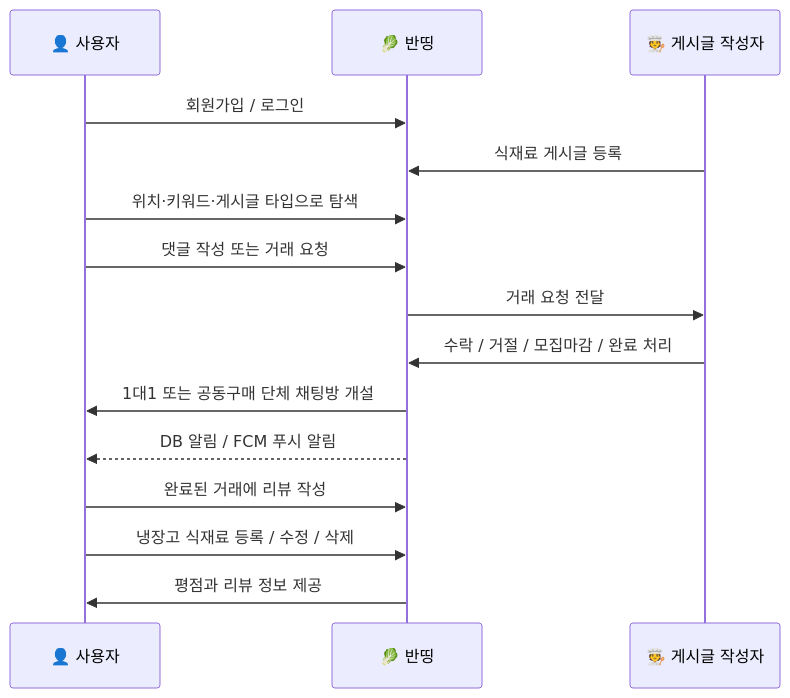
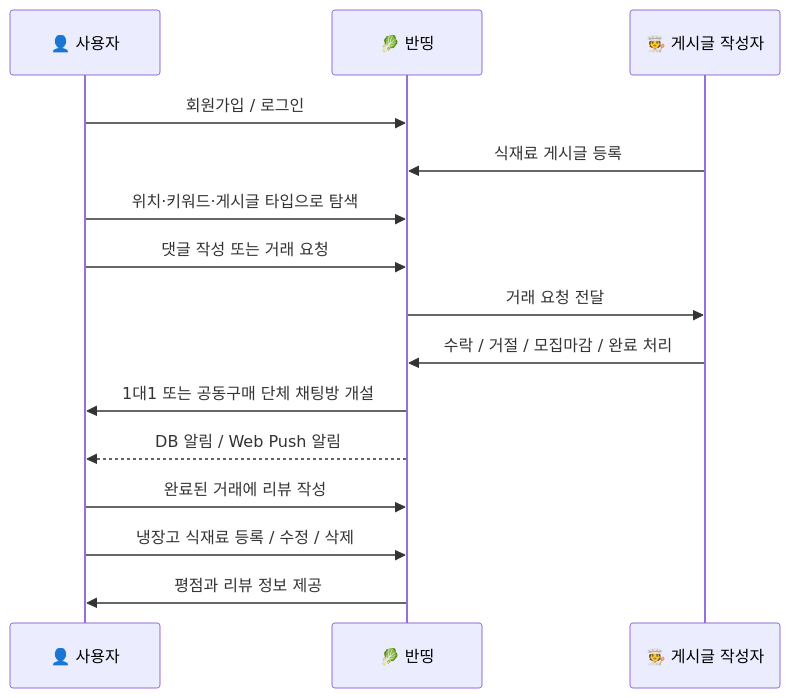
One commit to hjs7115/foodshare changed the first of 2 diagrams in README.md. Above: the diagram before and after it, drawn with Mermaid. The commit also changed other lines of this file and 47 other files, not shown here.

````diff
--- a/README.md
+++ b/README.md
@@ -73,18 +73,18 @@
 ```mermaid
 sequenceDiagram
     participant 사용자 as 👤 사용자
     participant 반띵 as 🥬 반띵
     participant 작성자 as 🧑‍🍳 게시글 작성자
 
     사용자->>반띵: 회원가입 / 로그인
     작성자->>반띵: 식재료 게시글 등록
     사용자->>반띵: 위치·키워드·게시글 타입으로 탐색
     사용자->>반띵: 댓글 작성 또는 거래 요청
     반띵->>작성자: 거래 요청 전달
     작성자->>반띵: 수락 / 거절 / 모집마감 / 완료 처리
     반띵->>사용자: 1대1 또는 공동구매 단체 채팅방 개설
-    반띵-->>사용자: DB 알림 / FCM 푸시 알림
+    반띵-->>사용자: DB 알림 / Web Push 알림
     사용자->>반띵: 완료된 거래에 리뷰 작성
     사용자->>반띵: 냉장고 식재료 등록 / 수정 / 삭제
     반띵->>사용자: 평점과 리뷰 정보 제공
 ```
````
